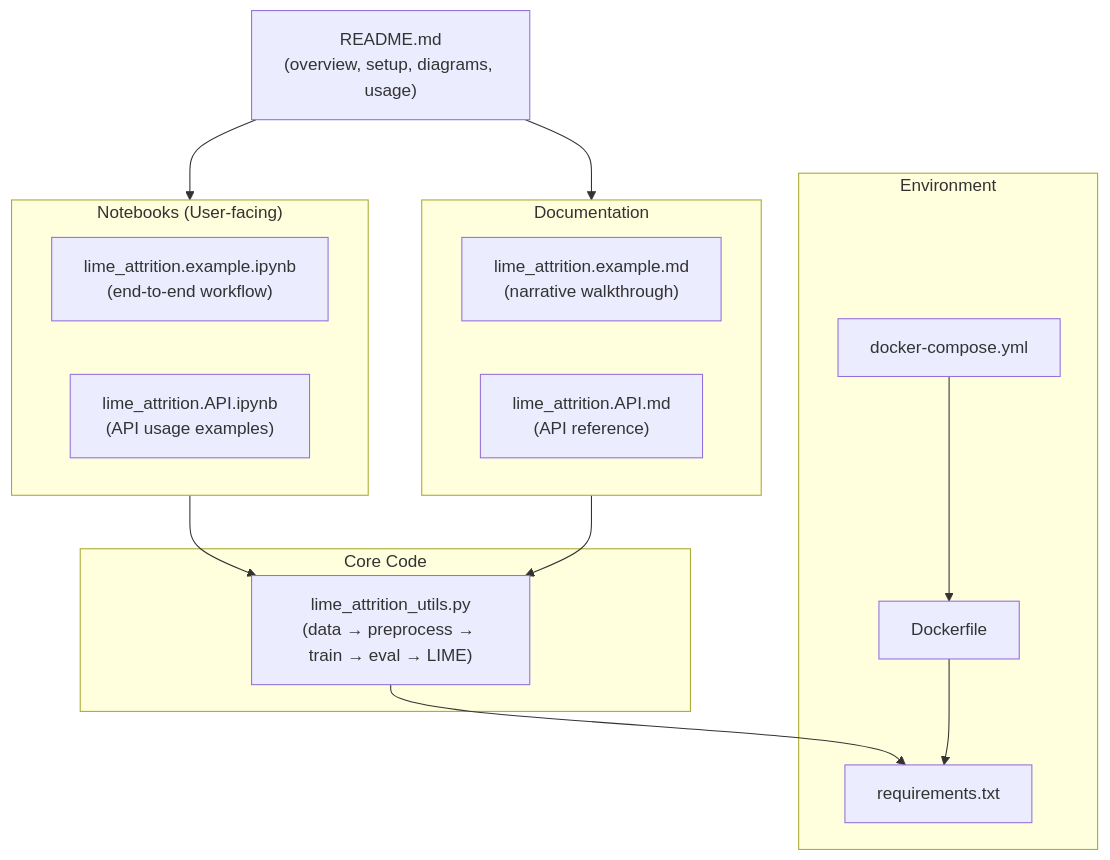
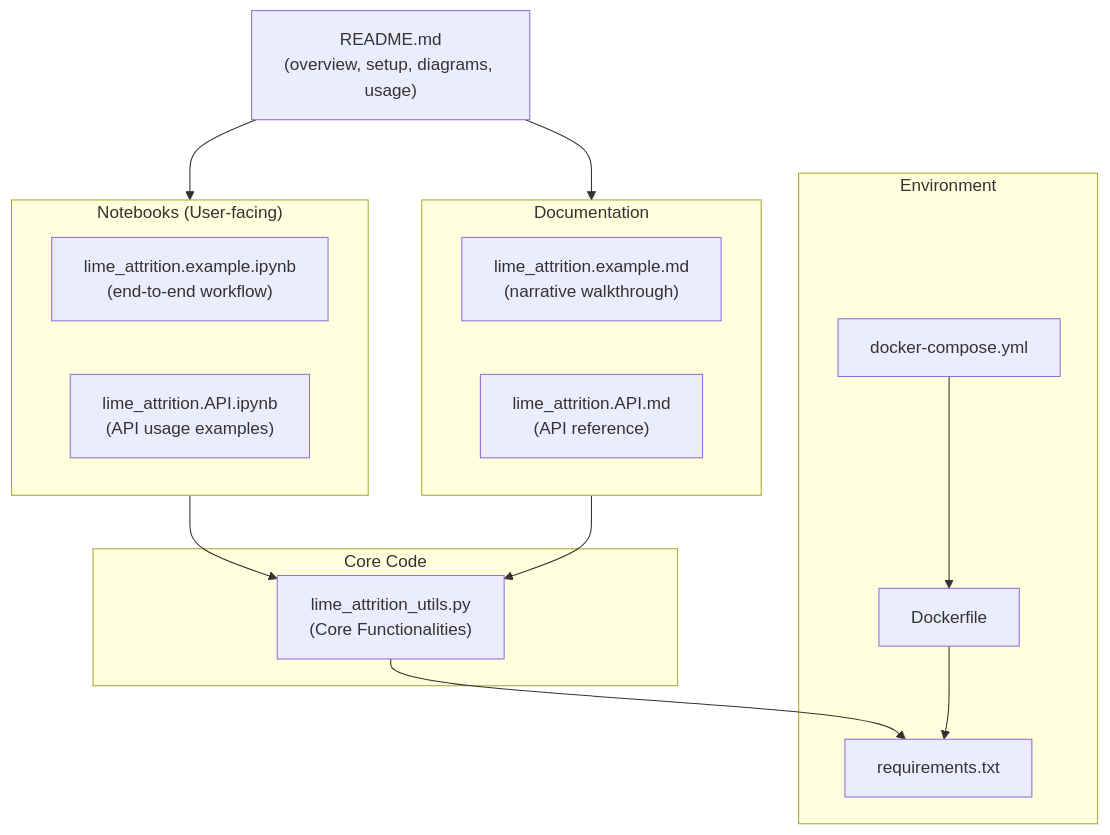
The first of 3 diagrams in class_project/MSML610/Fall2025/Projects/UmdTask62_Fall2025_LIME_Employee_Attrition_Prediction/README.md (gpsaggese/gpsaggese.github.io), drawn with Mermaid before and after one commit. The commit also changed other lines of this file, not shown here.

````diff
--- a/class_project/MSML610/Fall2025/Projects/UmdTask62_Fall2025_LIME_Employee_Attrition_Prediction/README.md
+++ b/class_project/MSML610/Fall2025/Projects/UmdTask62_Fall2025_LIME_Employee_Attrition_Prediction/README.md
@@ -186,32 +186,32 @@
 ```mermaid
 flowchart TB
   R["README.md<br/>(overview, setup, diagrams, usage)"]
 
   subgraph NB["Notebooks (User-facing)"]
     N1["lime_attrition.example.ipynb<br/>(end-to-end workflow)"]
     N2["lime_attrition.API.ipynb<br/>(API usage examples)"]
   end
 
   subgraph DOC["Documentation"]
     D1["lime_attrition.example.md<br/>(narrative walkthrough)"]
     D2["lime_attrition.API.md<br/>(API reference)"]
   end
 
   subgraph CORE["Core Code"]
-    U1["lime_attrition_utils.py<br/>(data → preprocess → train → eval → LIME)"]
+    U1["lime_attrition_utils.py<br/>(Core Functionalities)"]
   end
 
   subgraph ENV["Environment"]
     E1["requirements.txt"]
     E2["Dockerfile"]
     E3["docker-compose.yml"]
   end
 
   R --> NB
   R --> DOC
   NB --> U1
   DOC --> U1
   U1 --> E1
   E2 --> E1
   E3 --> E2
 ```
````
